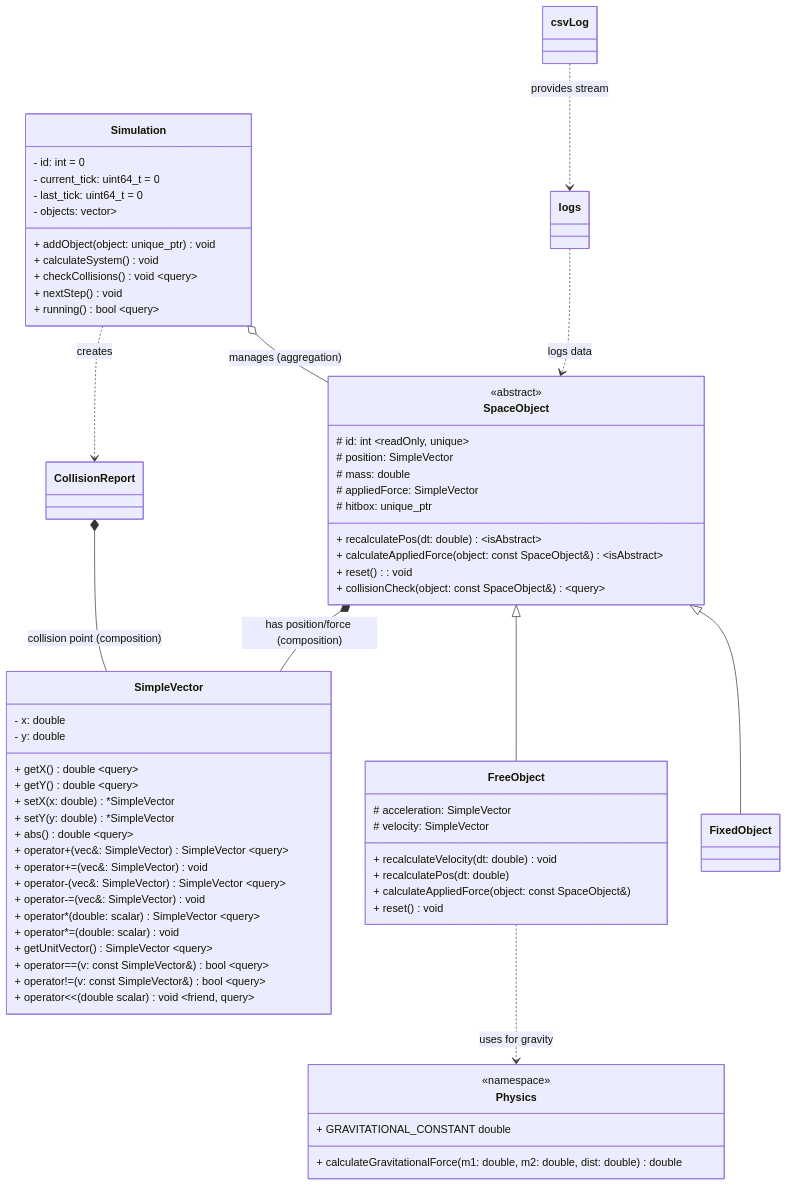
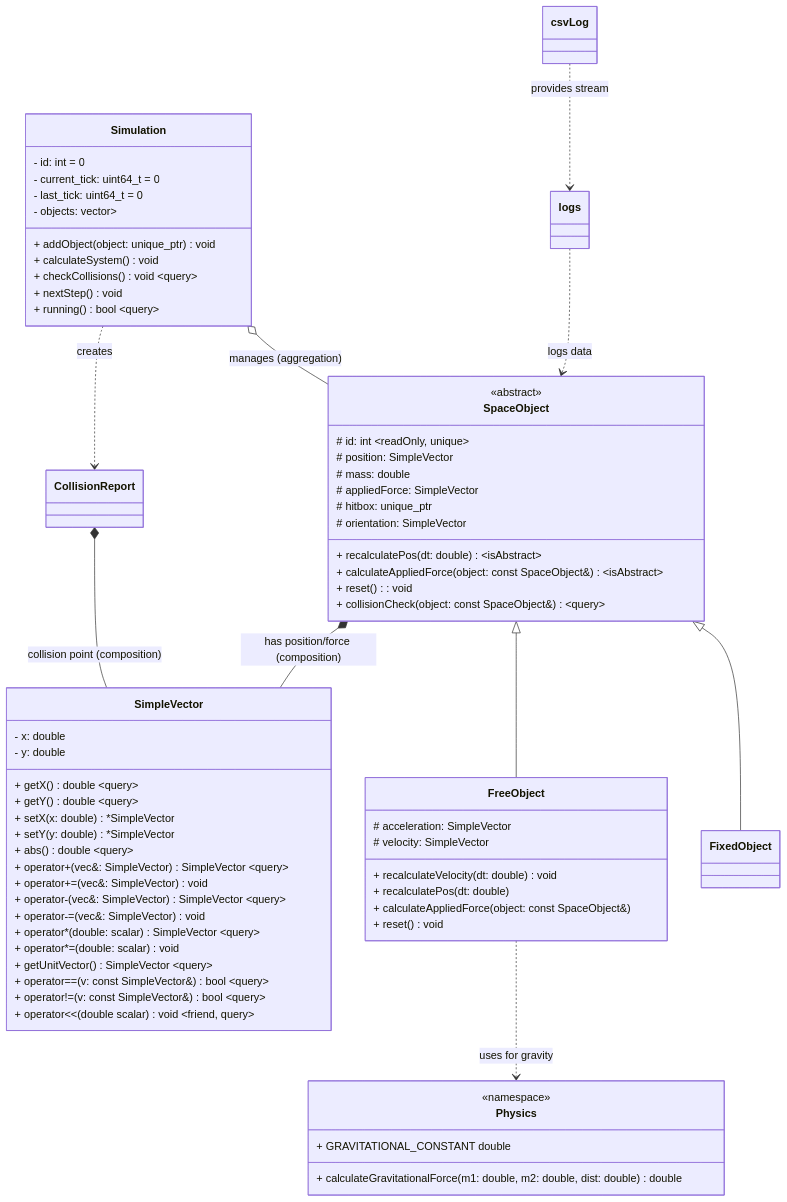
One commit to kotenko-o/simple-orbit-simulator changed the second of 3 diagrams in README.md. Above: the diagram before and after it, drawn with Mermaid. The commit also changed 1 other file, not shown here.

Commit message:
feat: add orientation to spaceobject

```diff
--- a/README.md
+++ b/README.md
@@ -145,6 +145,7 @@
         # mass: double
         # appliedForce: SimpleVector
         # hitbox: unique_ptr<Hitbox>
+        # orientation: SimpleVector
         + recalculatePos(dt: double) ~isAbstract~
         + calculateAppliedForce(object: const SpaceObject&) ~isAbstract~
         + reset(): void
```
